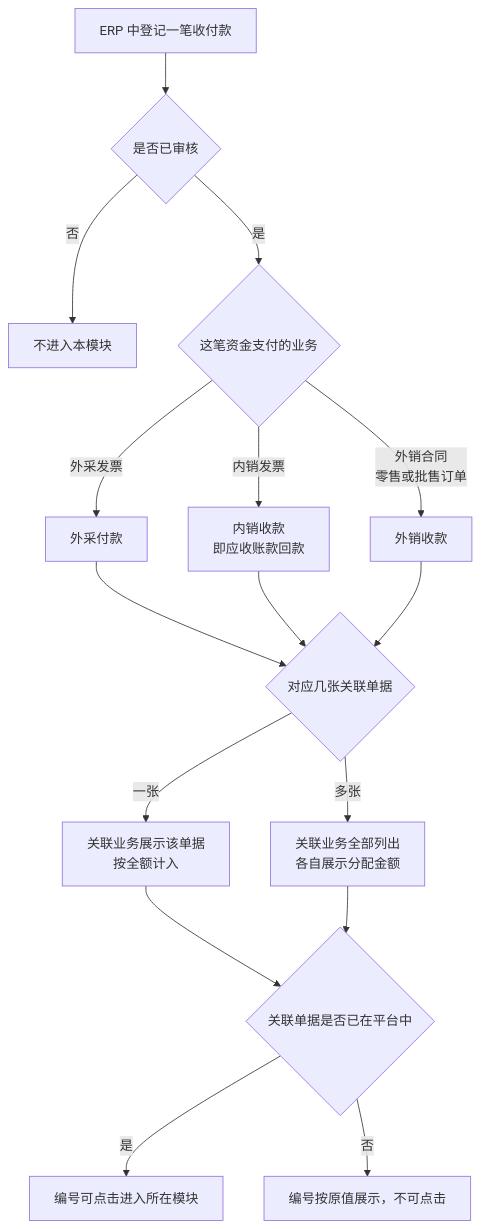
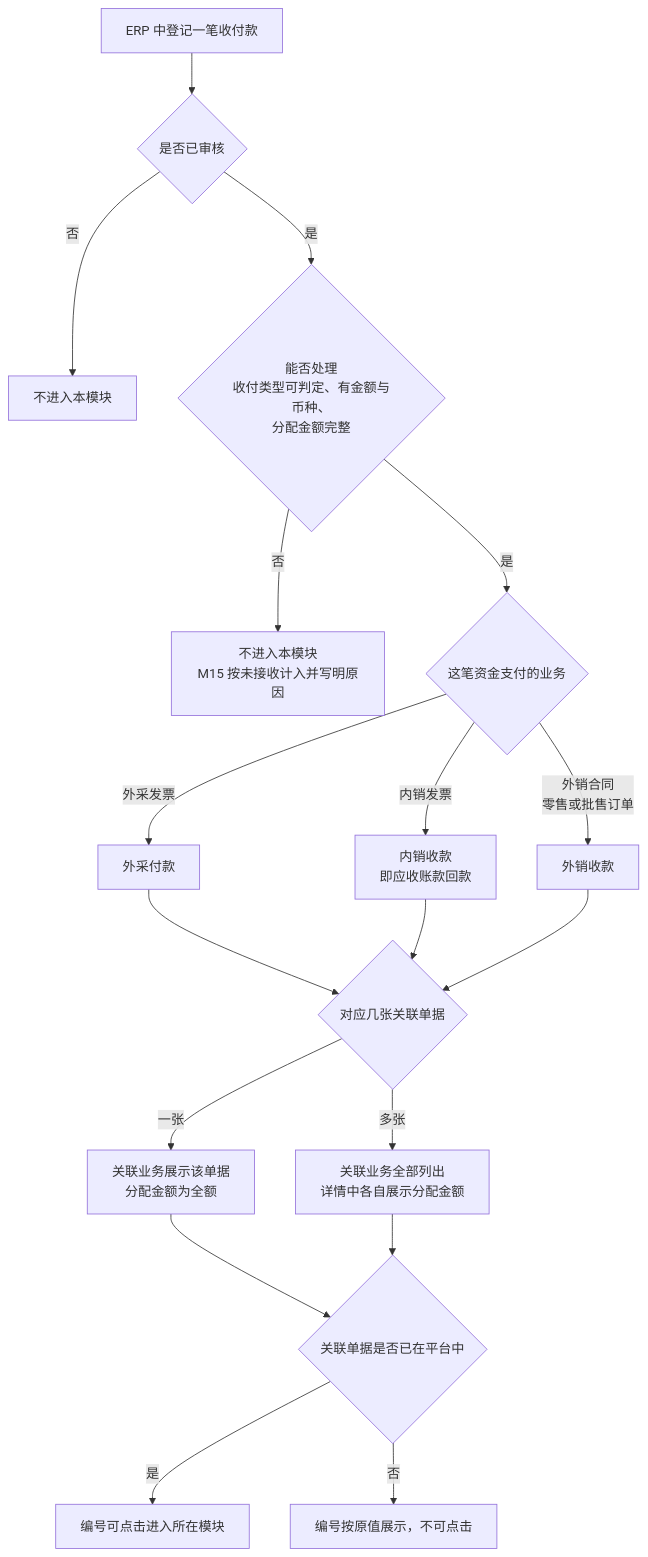
One commit to wxblockchain/Chain-Financing changed the first of 3 diagrams in asset-trust-platform/PRD/运营端/M14-资金收付/02-资金收付-流程图与状态机.md. Above: the diagram before and after it, drawn with Mermaid. The commit also changed other lines of this file and 3 other files, not shown here.

````diff
--- a/asset-trust-platform/PRD/运营端/M14-资金收付/02-资金收付-流程图与状态机.md
+++ b/asset-trust-platform/PRD/运营端/M14-资金收付/02-资金收付-流程图与状态机.md
@@ -16,18 +16,20 @@
 ```mermaid
 flowchart TD
     A[ERP 中登记一笔收付款] --> B{是否已审核}
     B -->|否| C[不进入本模块]
-    B -->|是| D{这笔资金支付的业务}
+    B -->|是| P{能否处理<br/>收付类型可判定、有金额与币种、<br/>分配金额完整}
+    P -->|否| Q[不进入本模块<br/>M15 按未接收计入并写明原因]
+    P -->|是| D{这笔资金支付的业务}
     D -->|外采发票| F[外采付款]
     D -->|内销发票| G[内销收款<br/>即应收账款回款]
     D -->|外销合同<br/>零售或批售订单| H[外销收款]
     F --> J{对应几张关联单据}
     G --> J
     H --> J
-    J -->|一张| K[关联业务展示该单据<br/>按全额计入]
-    J -->|多张| L[关联业务全部列出<br/>各自展示分配金额]
+    J -->|一张| K[关联业务展示该单据<br/>分配金额为全额]
+    J -->|多张| L[关联业务全部列出<br/>详情中各自展示分配金额]
     K --> M{关联单据是否已在平台中}
     L --> M
     M -->|是| N[编号可点击进入所在模块]
     M -->|否| O[编号按原值展示，不可点击]
 ```
````
